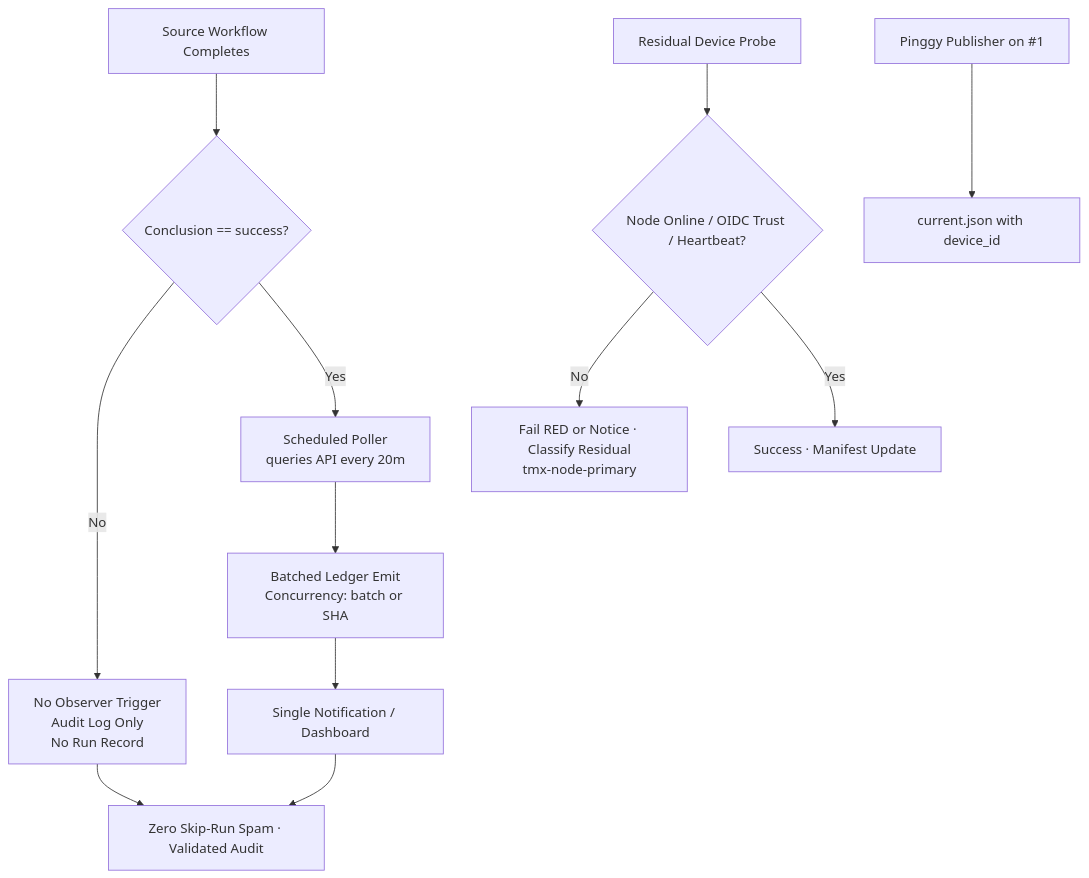
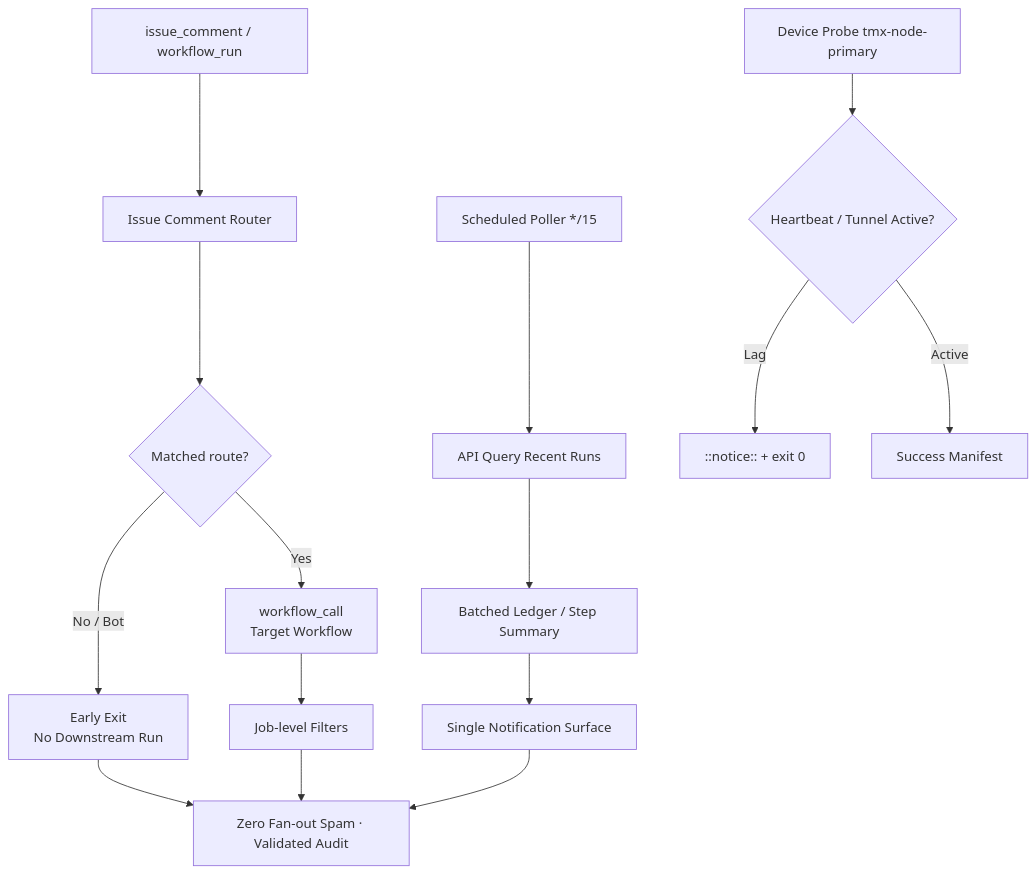
Before and after one commit to timerloggedout-spec/termux-monorepo: the diagram in docs/ops/ACTIONS-MATRIX.md, drawn with Mermaid. The commit also changed other lines of this file, not shown here.

First line of the commit message:
ops(matrix): 2026-10-28 live refresh — quantify issue_comment fan-out spam; reinforce poller + router cuts for C.A.D.E.

````diff
--- a/docs/ops/ACTIONS-MATRIX.md
+++ b/docs/ops/ACTIONS-MATRIX.md
@@ -45,14 +39,17 @@
 ```mermaid
 flowchart TD
-    A[Source Workflow Completes] --> B{Conclusion == success?}
-    B -->|No| C[No Observer Trigger<br/>Audit Log Only<br/>No Run Record]
-    B -->|Yes| D[Scheduled Poller<br/>queries API every 20m]
-    D --> E[Batched Ledger Emit<br/>Concurrency: batch or SHA]
-    E --> F[Single Notification / Dashboard]
-    C --> G[Zero Skip-Run Spam · Validated Audit]
-    F --> G
-    H[Residual Device Probe] --> I{Node Online / OIDC Trust / Heartbeat?}
-    I -->|No| J[Fail RED or Notice · Classify Residual<br/>tmx-node-primary]
-    I -->|Yes| K[Success · Manifest Update]
-    L[Pinggy Publisher on #1] --> M[current.json with device_id]
+    A[issue_comment / workflow_run] --> B[Issue Comment Router]
+    B --> C{Matched route?}
+    C -->|No / Bot| D[Early Exit<br/>No Downstream Run]
+    C -->|Yes| E[workflow_call<br/>Target Workflow]
+    E --> F[Job-level Filters]
+    G[Scheduled Poller */15] --> H[API Query Recent Runs]
+    H --> I[Batched Ledger / Step Summary]
+    I --> J[Single Notification Surface]
+    D --> K[Zero Fan-out Spam · Validated Audit]
+    F --> K
+    J --> K
+    L[Device Probe tmx-node-primary] --> M{Heartbeat / Tunnel Active?}
+    M -->|Lag| N[::notice:: + exit 0]
+    M -->|Active| O[Success Manifest]
 ```
````
